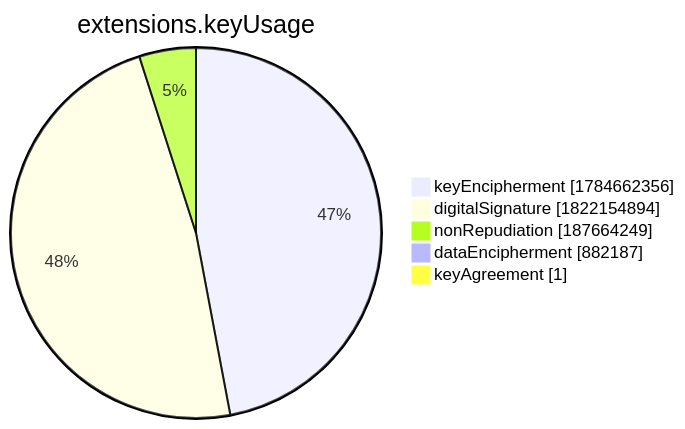
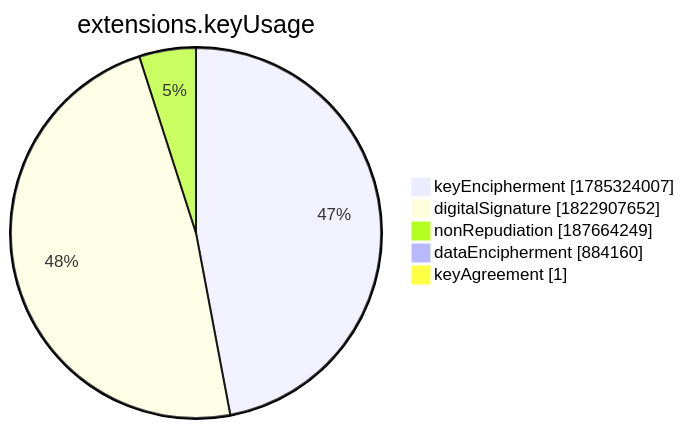
One commit to christiankrug/ctmonitor_visualization changed the seventh of 15 diagrams in xenon2022/README.md. Above: the diagram before and after it, drawn with Mermaid. The commit also changed other lines of this file, not shown here.

````diff
--- a/xenon2022/README.md
+++ b/xenon2022/README.md
@@ -2859,9 +2859,9 @@
 ```mermaid
 pie showData
 title extensions.keyUsage
-"keyEncipherment" :1784662356
-"digitalSignature" :1822154894
+"keyEncipherment" :1785324007
+"digitalSignature" :1822907652
 "nonRepudiation" :187664249
-"dataEncipherment" :882187
+"dataEncipherment" :884160
 "keyAgreement" :1
 ```
````
